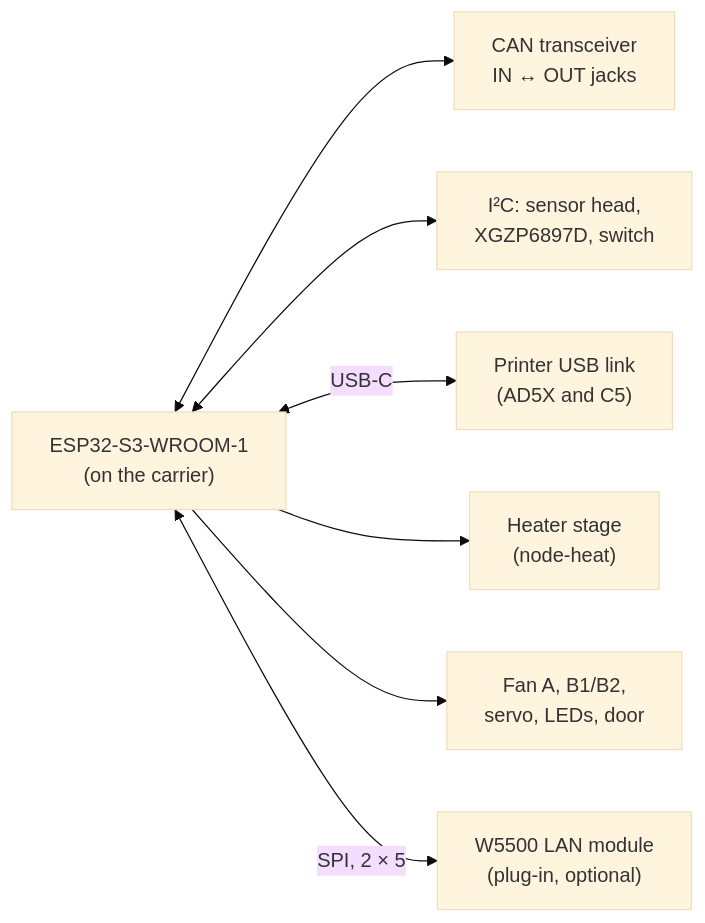
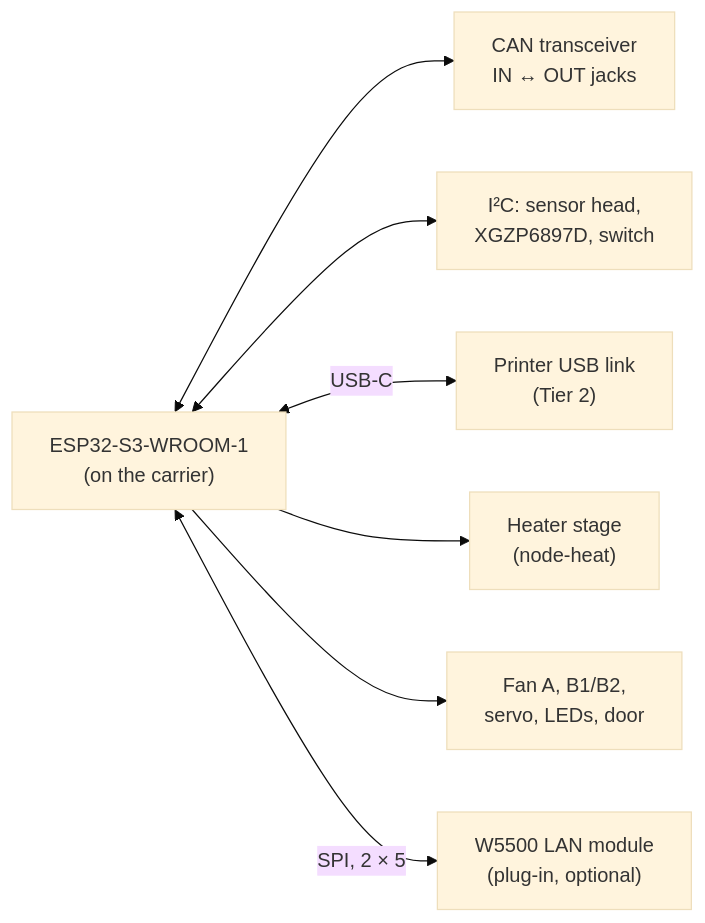
One commit to BashfulBits/3dp-fleet-exhaust changed the third of 3 diagrams in docs/02_hardware_specification.md. Above: the diagram before and after it, drawn with Mermaid (base theme). The commit also changed other lines of this file and 40 other files, not shown here.

````diff
--- a/docs/02_hardware_specification.md
+++ b/docs/02_hardware_specification.md
@@ -98,10 +100,10 @@
 ```mermaid
 flowchart LR
   DEV["ESP32-S3-WROOM-1<br>(on the carrier)"]
   DEV <--> CANT["CAN transceiver<br>IN ↔ OUT jacks"]
   DEV <--> I2C["I²C: sensor head,<br>XGZP6897D, switch"]
-  DEV <-->|"USB-C"| USB["Printer USB link<br>(AD5X and C5)"]
+  DEV <-->|"USB-C"| USB["Printer USB link<br>(Tier 2)"]
   DEV --> HEAT["Heater stage<br>(node-heat)"]
   DEV --> FANS["Fan A, B1/B2,<br>servo, LEDs, door"]
   DEV <-->|"SPI, 2 × 5"| LANM["W5500 LAN module<br>(plug-in, optional)"]
 ```
````
